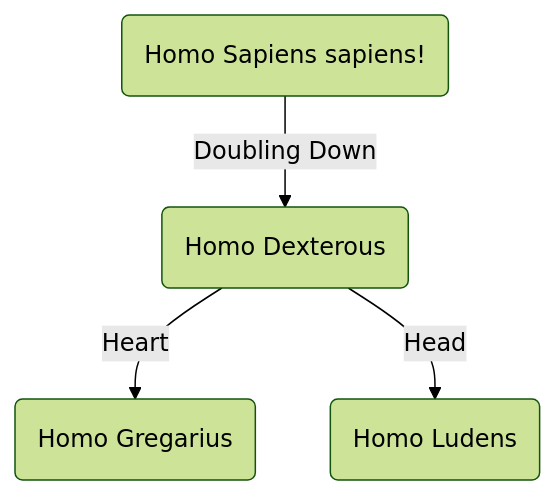
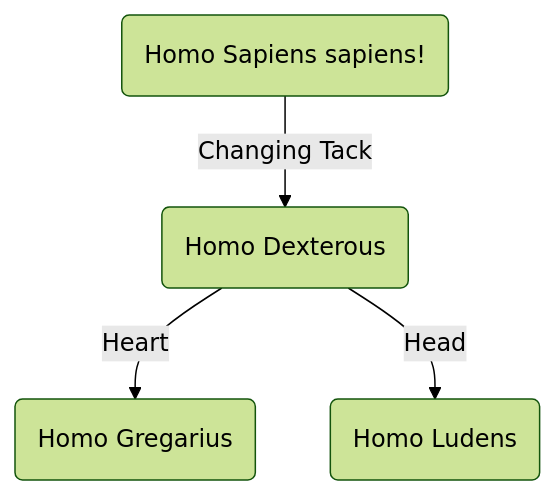
The diagram in posts/2025-last-human-majority-knowledge-worker/index.qmd (JonMinton/jon-blog), drawn with Mermaid (forest theme) before and after one commit. The commit also changed other lines of this file, not shown here.

Commit message:
Fix Mermaid diagram label and expand embodied AI training discussion
- Change diagram label from "Doubling Down" to "Changing Tack" (HSS! is
  the doubling down stage; the transition to HD represents changing tack)
- Expand on differential training challenges: cognitive AI benefits from
  digital/parallelisable text, while physics remains stubbornly analogue
- Add mention of physics simulation efforts (DeepMind, Figure AI) as
  potential solution to the embodied training bottleneck

🤖 Generated with [Claude Code](https://claude.com/claude-code)

````diff
--- a/posts/2025-last-human-majority-knowledge-worker/index.qmd
+++ b/posts/2025-last-human-majority-knowledge-worker/index.qmd
@@ -103,12 +103,12 @@
 ```{mermaid}
 flowchart TD
 
 HSS(Homo Sapiens sapiens!)
 HD(Homo Dexterous)
 HG(Homo Gregarius)
 HL(Homo Ludens)
 
-HSS -->|Doubling Down| HD
+HSS -->|Changing Tack| HD
 HD -->|Heart| HG
 HD -->|Head| HL
 ```
````
